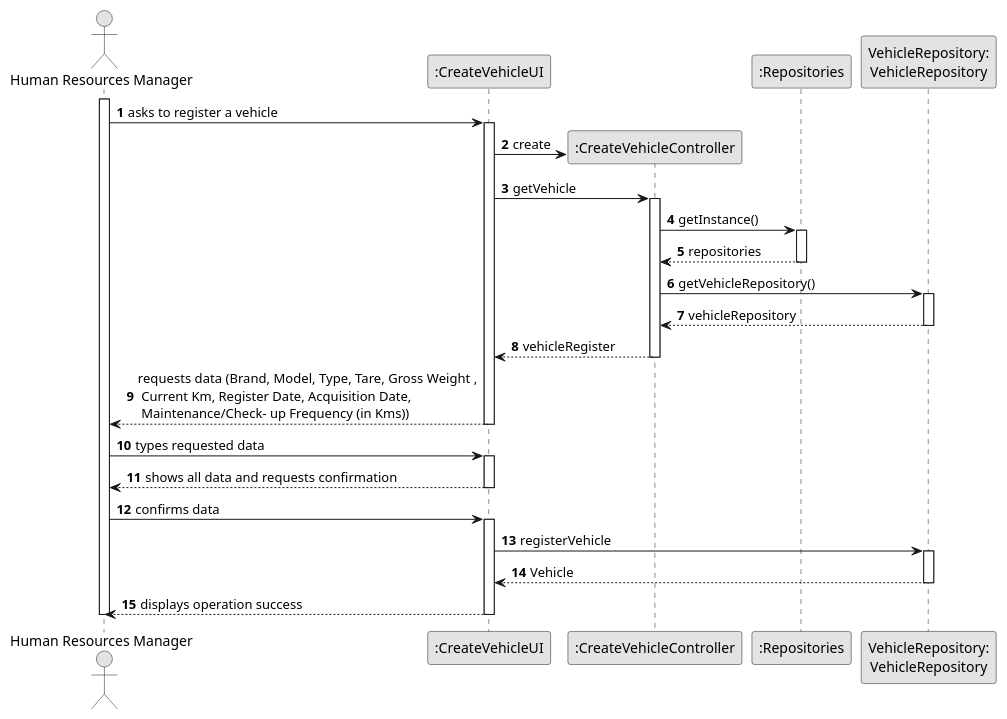
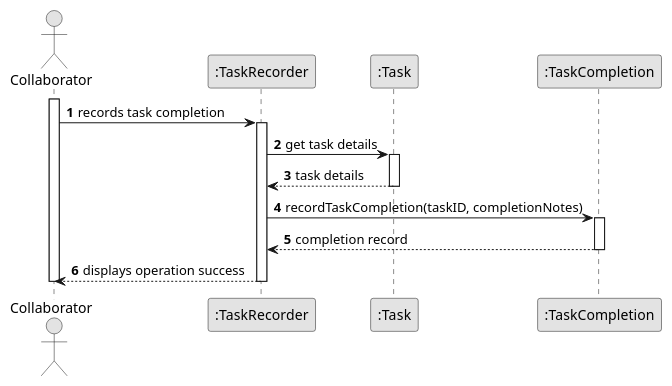
One commit to Departamento-de-Engenharia-Informatica/lei-24-s2-1dl-g121 changed the diagram in docs/sprintC/us029/03.design/puml/us029-sequence-diagram-full.puml. Above: the diagram before and after it, drawn with PlantUML. The commit also changed 4 other files, not shown here.

```diff
--- a/docs/sprintC/us029/03.design/puml/us029-sequence-diagram-full.puml
+++ b/docs/sprintC/us029/03.design/puml/us029-sequence-diagram-full.puml
@@ -1,73 +1,37 @@
 @startuml
 skinparam monochrome true
 skinparam packageStyle rectangle
 skinparam shadowing false
 
 autonumber
 
 'hide footbox
-actor "Human Resources Manager" as ADM
-participant ":CreateVehicleUI" as UI
-participant ":CreateVehicleController" as CTRL
-participant ":Repositories" as RepositorySingleton
-participant "VehicleRepository:\nVehicleRepository" as TaskCategoryRepository
+actor "Collaborator" as Col
+participant ":TaskRecorder" as Recorder
+participant ":Task" as T
+participant ":TaskCompletion" as TC
 
+activate Col
 
-activate ADM
+        Col -> Recorder : records task completion
 
-        ADM -> UI : asks to register a vehicle
+        activate Recorder
 
-        activate UI
+            Recorder -> T : get task details
+            activate T
 
-'            UI --> ADM : requests data (reference, description,  informal \n description, technical description, duration, cost)
-            'create CTRL
-            UI -> CTRL** : create
+                T --> Recorder : task details
+            deactivate T
 
-            UI -> CTRL : getVehicle
-            activate CTRL
+            Recorder -> TC : recordTaskCompletion(taskID, completionNotes)
+            activate TC
 
-                CTRL -> RepositorySingleton : getInstance()
-                activate RepositorySingleton
+                TC --> Recorder : completion record
+            deactivate TC
 
-                    RepositorySingleton --> CTRL: repositories
-                deactivate RepositorySingleton
+            Recorder --> Col : displays operation success
+        deactivate Recorder
 
-                CTRL -> TaskCategoryRepository : getVehicleRepository()
-                activate TaskCategoryRepository
-
-                    TaskCategoryRepository --> CTRL: vehicleRepository
-                deactivate TaskCategoryRepository
-
-
-
-                CTRL --> UI : vehicleRegister
-            deactivate CTRL
-
-            UI --> ADM : requests data (Brand, Model, Type, Tare, Gross Weight ,\n Current Km, Register Date, Acquisition Date,\n Maintenance/Check- up Frequency (in Kms))
-        deactivate UI
-
-    ADM -> UI : types requested data
-    activate UI
-
-        UI --> ADM : shows all data and requests confirmation
-    deactivate UI
-
-    ADM -> UI : confirms data
-    activate UI
-
-    UI -> TaskCategoryRepository : registerVehicle
-
-        activate TaskCategoryRepository
-
-        TaskCategoryRepository --> UI : Vehicle
-
-
-        deactivate  TaskCategoryRepository
-
-            deactivate CTRL
-            UI --> ADM: displays operation success
-    deactivate UI
-
-deactivate ADM
+deactivate Col
 
 @enduml
```
